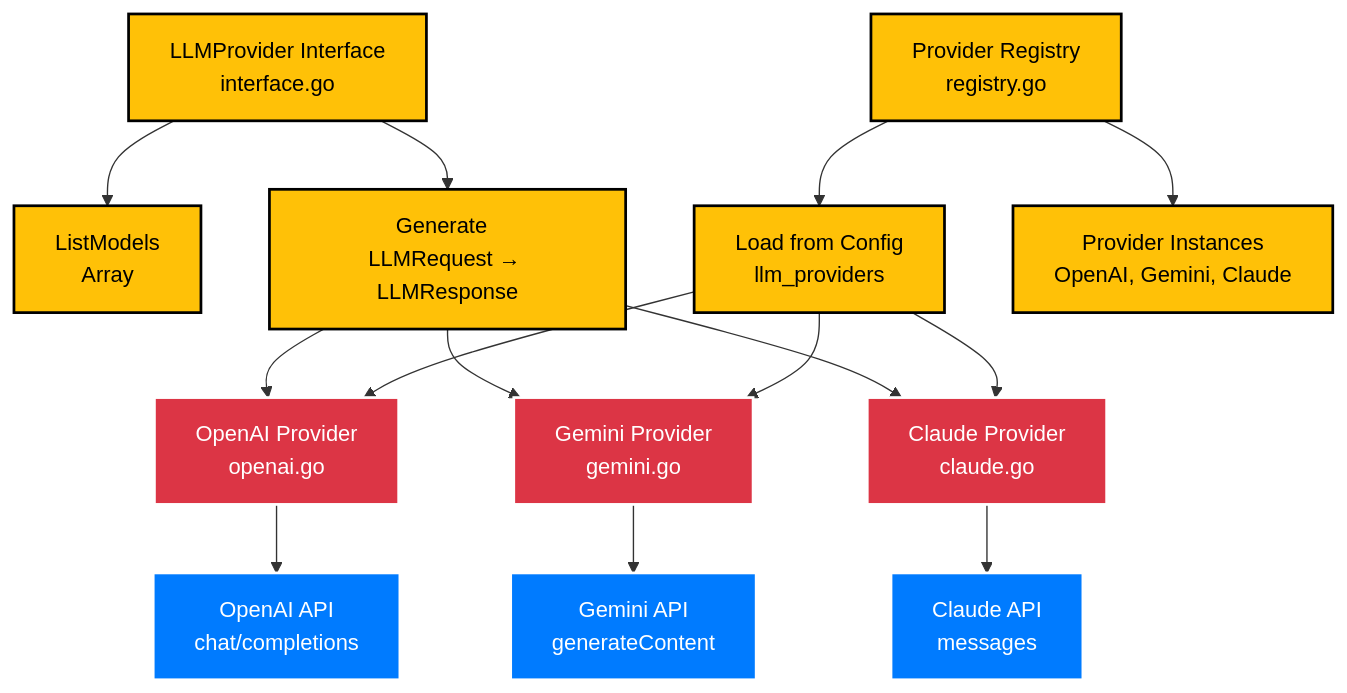
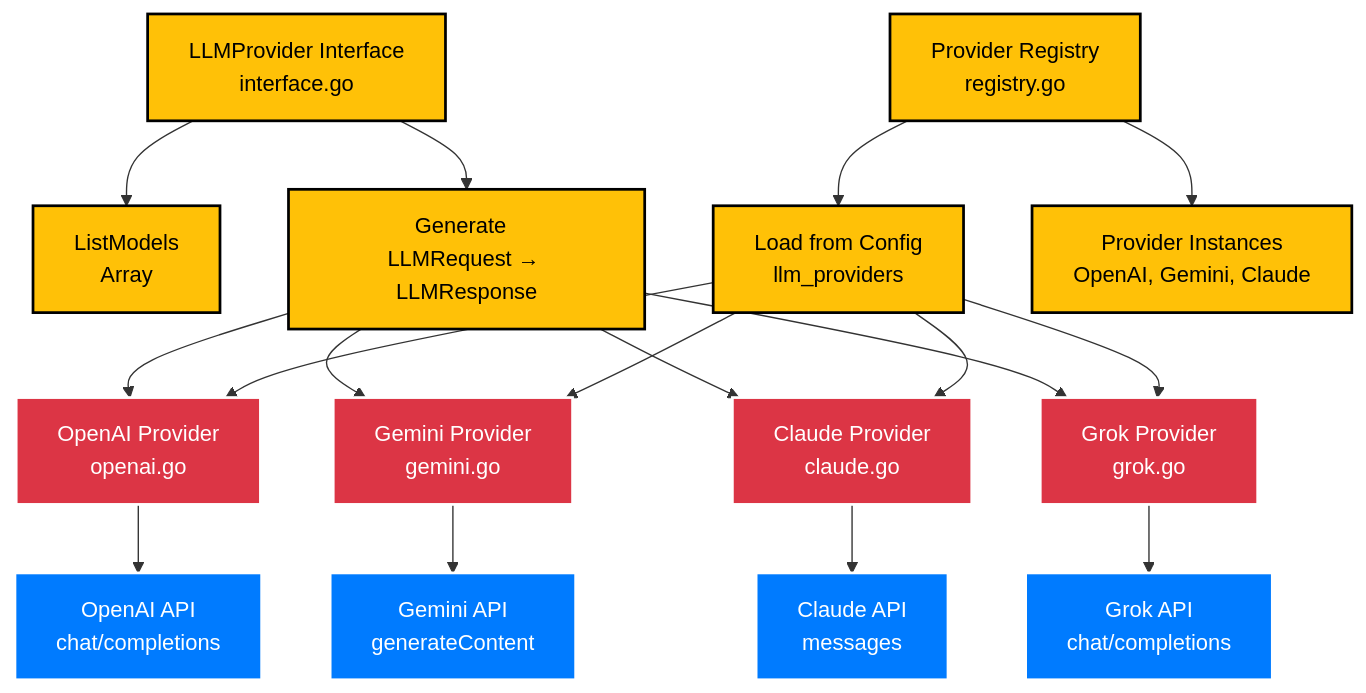
The diagram in docs/content/Guides/Providers.md (COO-LLM/coo-llm-main), drawn with Mermaid before and after one commit. The commit also changed other lines of this file and 41 other files, not shown here.

````diff
--- a/docs/content/Guides/Providers.md
+++ b/docs/content/Guides/Providers.md
@@ -12,32 +12,37 @@
 ```mermaid
 flowchart TD
     classDef interface fill:#ffc107,color:#000,stroke:#000,stroke-width:2px
     classDef provider fill:#dc3545,color:#fff,stroke:#fff,stroke-width:2px
     classDef registry fill:#ffc107,color:#000,stroke:#000,stroke-width:2px
     classDef external fill:#007bff,color:#fff,stroke:#fff,stroke-width:2px
 
     A[LLMProvider Interface<br/>interface.go]:::interface
     A --> C[ListModels<ctx><br/> Array<string>]:::interface
     A --> B[Generate <ctx, req> <br/>LLMRequest → LLMResponse]:::interface
 
     D[Provider Registry<br/>registry.go]:::registry
     D --> E[Load from Config<br/>llm_providers]:::registry
     D --> F[Provider Instances<br/>OpenAI, Gemini, Claude]:::registry
 
     G[OpenAI Provider<br/>openai.go]:::provider
     G --> H[OpenAI API<br/>chat/completions]:::external
 
     I[Gemini Provider<br/>gemini.go]:::provider
     I --> J[Gemini API<br/>generateContent]:::external
 
     K[Claude Provider<br/>claude.go]:::provider
     K --> L[Claude API<br/>messages]:::external
 
+    M[Grok Provider<br/>grok.go]:::provider
+    M --> N[Grok API<br/>chat/completions]:::external
+
     B --> G
     B --> I
     B --> K
+    B --> M
 
     E --> G
     E --> I
     E --> K
+    E --> M
 ```
````
